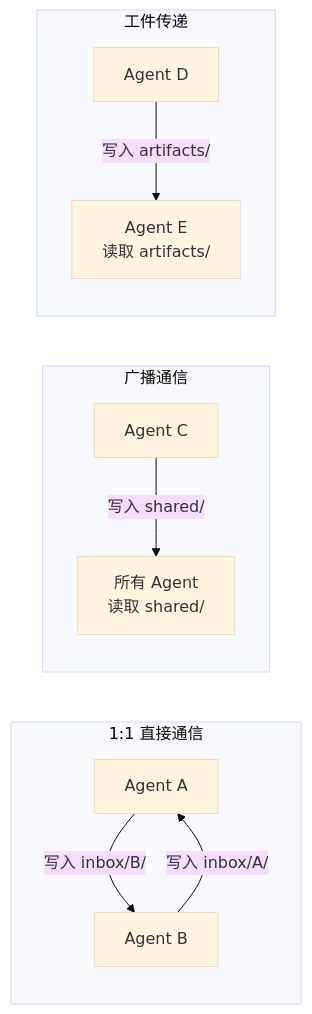
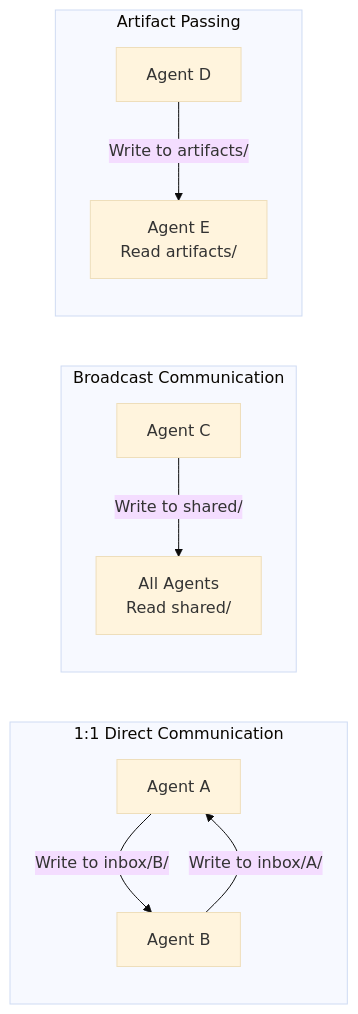
Before and after one commit to lchaoer/Polygents: the second of 10 diagrams in docs/design.md, drawn with Mermaid (base theme). The commit also changed other lines of this file and 4 other files, not shown here.

````diff
--- a/docs/design.md
+++ b/docs/design.md
@@ -187,15 +187,15 @@
 ```mermaid
 graph LR
-    subgraph "1:1 直接通信"
-        A1[Agent A] -->|写入 inbox/B/| A2[Agent B]
-        A2 -->|写入 inbox/A/| A1
+    subgraph "1:1 Direct Communication"
+        A1[Agent A] -->|Write to inbox/B/| A2[Agent B]
+        A2 -->|Write to inbox/A/| A1
     end
 
-    subgraph "广播通信"
-        A3[Agent C] -->|写入 shared/| ALL[所有 Agent<br/>读取 shared/]
+    subgraph "Broadcast Communication"
+        A3[Agent C] -->|Write to shared/| ALL[All Agents<br/>Read shared/]
     end
 
-    subgraph "工件传递"
-        A4[Agent D] -->|写入 artifacts/| A5[Agent E<br/>读取 artifacts/]
+    subgraph "Artifact Passing"
+        A4[Agent D] -->|Write to artifacts/| A5[Agent E<br/>Read artifacts/]
     end
 ```
````
